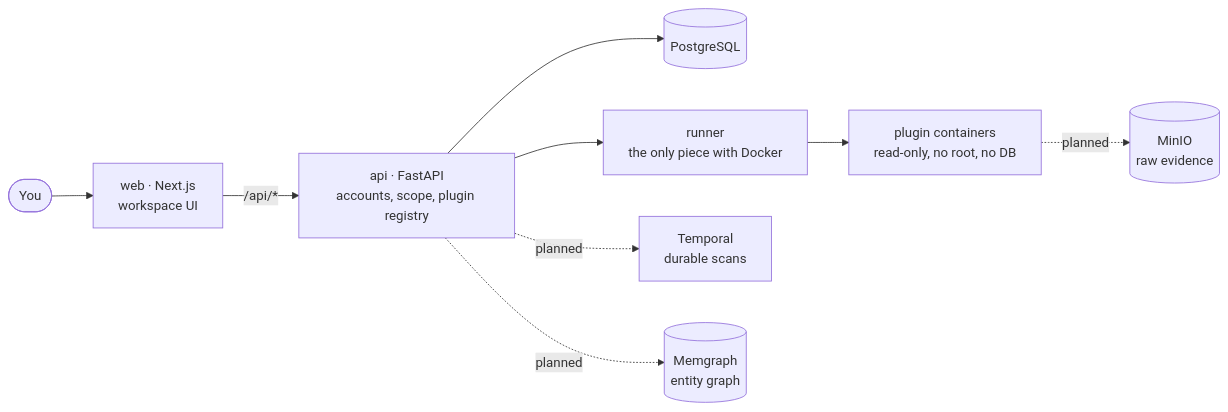
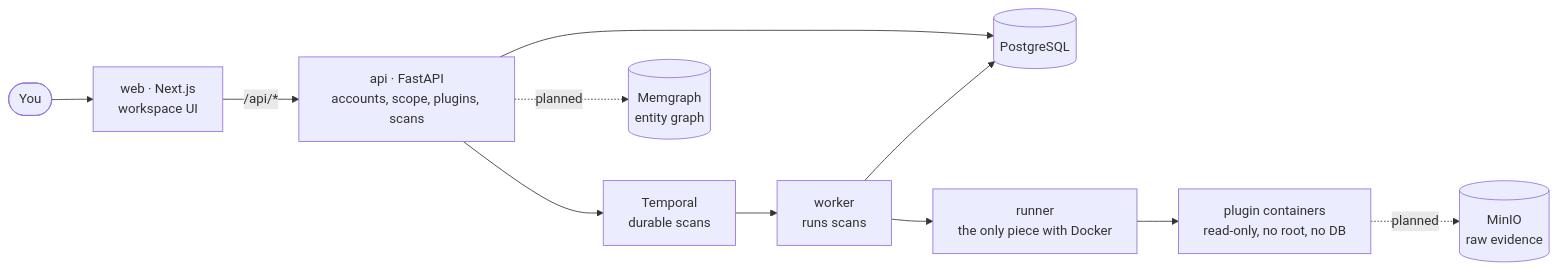
The diagram in README.md (TechnoVizor/NYX), drawn with Mermaid before and after one commit. The commit also changed other lines of this file and 2 other files, not shown here.

Commit message:
chore: temporal and worker in compose; README for durable scans

````diff
--- a/README.md
+++ b/README.md
@@ -62,11 +62,13 @@
 ```mermaid
 flowchart LR
   user(["You"]) --> web["web · Next.js<br/>workspace UI"]
-  web -- "/api/*" --> api["api · FastAPI<br/>accounts, scope, plugin registry"]
+  web -- "/api/*" --> api["api · FastAPI<br/>accounts, scope, plugins, scans"]
   api --> pg[("PostgreSQL")]
-  api --> runner["runner<br/>the only piece with Docker"]
+  api --> temporal["Temporal<br/>durable scans"]
+  temporal --> worker["worker<br/>runs scans"]
+  worker --> pg
+  worker --> runner["runner<br/>the only piece with Docker"]
   runner --> plugins["plugin containers<br/>read-only, no root, no DB"]
-  api -. planned .-> temporal["Temporal<br/>durable scans"]
   plugins -. planned .-> minio[("MinIO<br/>raw evidence")]
   api -. planned .-> memgraph[("Memgraph<br/>entity graph")]
 ```
````
